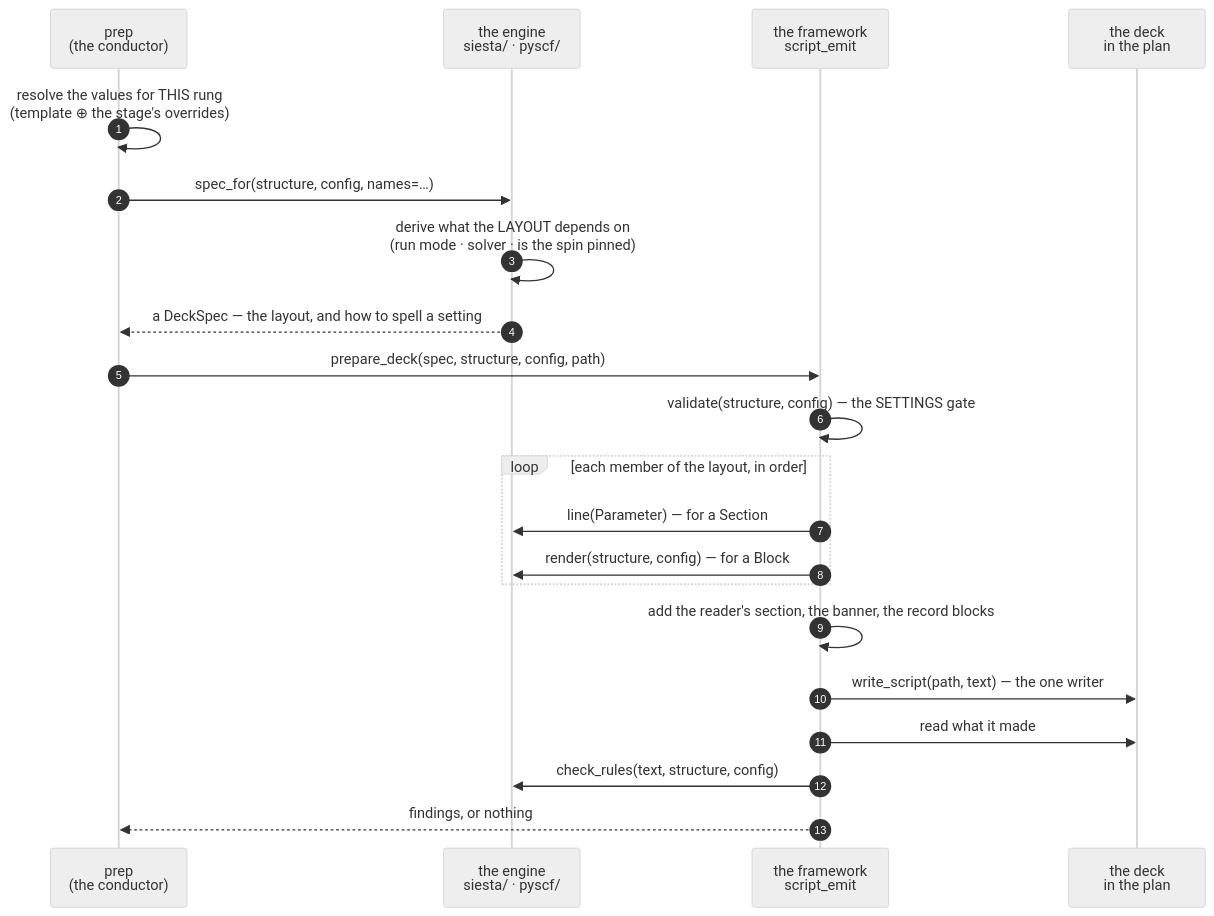
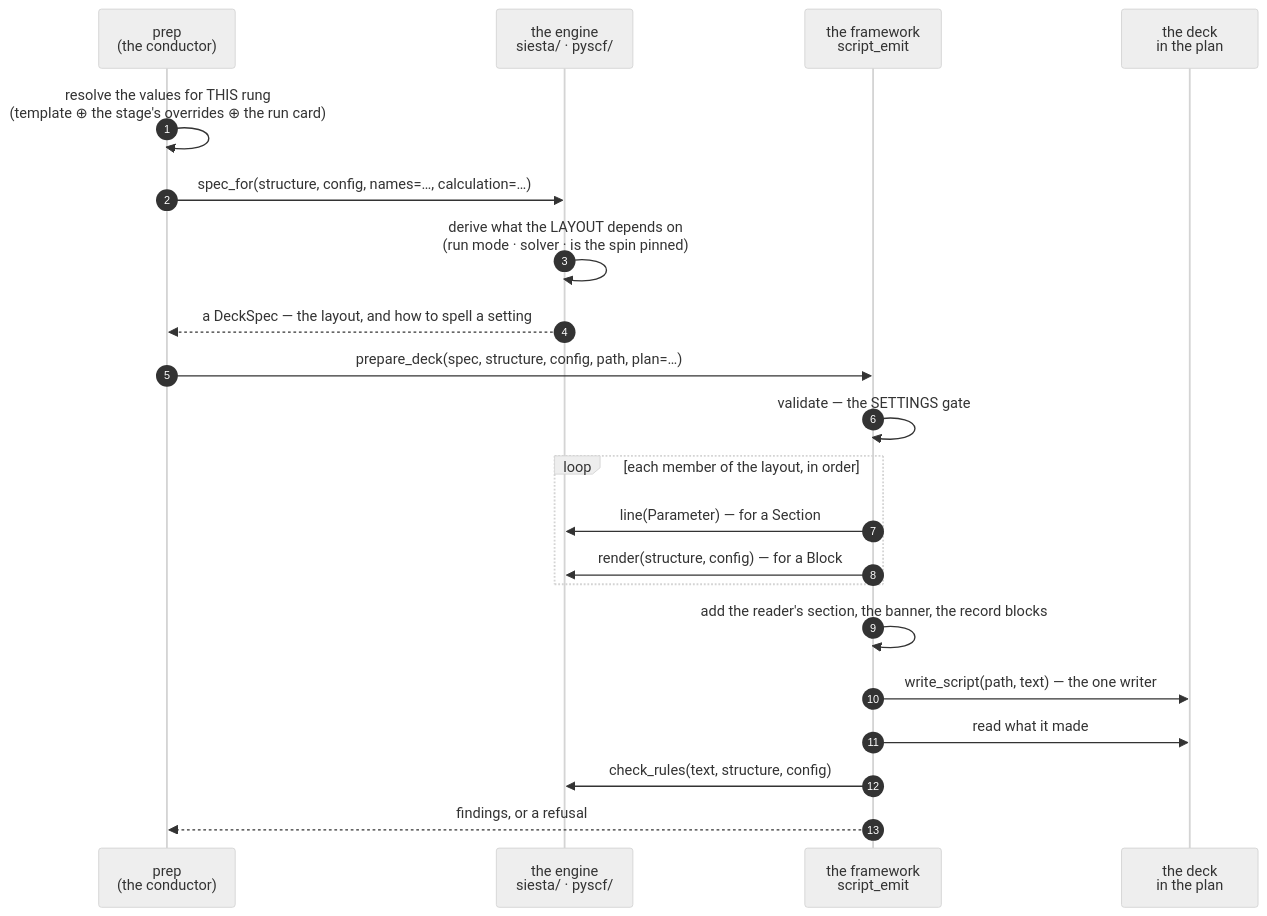
Before and after one commit to Qing-LAB/molbuilder: the fourth of 5 diagrams in docs/execution/script-preparation.md, drawn with Mermaid (neutral theme). The commit also changed other lines of this file and 30 other files, not shown here.

````diff
--- a/docs/execution/script-preparation.md
+++ b/docs/execution/script-preparation.md
@@ -719,24 +670,24 @@
 ```mermaid
 sequenceDiagram
     autonumber
     participant C as prep<br/>(the conductor)
     participant E as the engine<br/>siesta/ · pyscf/
     participant F as the framework<br/>script_emit
     participant D as the deck<br/>in the plan
 
-    C->>C: resolve the values for THIS rung<br/>(template ⊕ the stage's overrides)
-    C->>E: spec_for(structure, config, names=…)
+    C->>C: resolve the values for THIS rung<br/>(template ⊕ the stage's overrides ⊕ the run card)
+    C->>E: spec_for(structure, config, names=…, calculation=…)
     E->>E: derive what the LAYOUT depends on<br/>(run mode · solver · is the spin pinned)
     E-->>C: a DeckSpec — the layout, and how to spell a setting
-    C->>F: prepare_deck(spec, structure, config, path)
-    F->>F: validate(structure, config) — the SETTINGS gate
+    C->>F: prepare_deck(spec, structure, config, path, plan=…)
+    F->>F: validate — the SETTINGS gate
     loop each member of the layout, in order
         F->>E: line(Parameter) — for a Section
         F->>E: render(structure, config) — for a Block
     end
     F->>F: add the reader's section, the banner, the record blocks
     F->>D: write_script(path, text) — the one writer
     F->>D: read what it made
     F->>E: check_rules(text, structure, config)
-    F-->>C: findings, or nothing
+    F-->>C: findings, or a refusal
 ```
````
